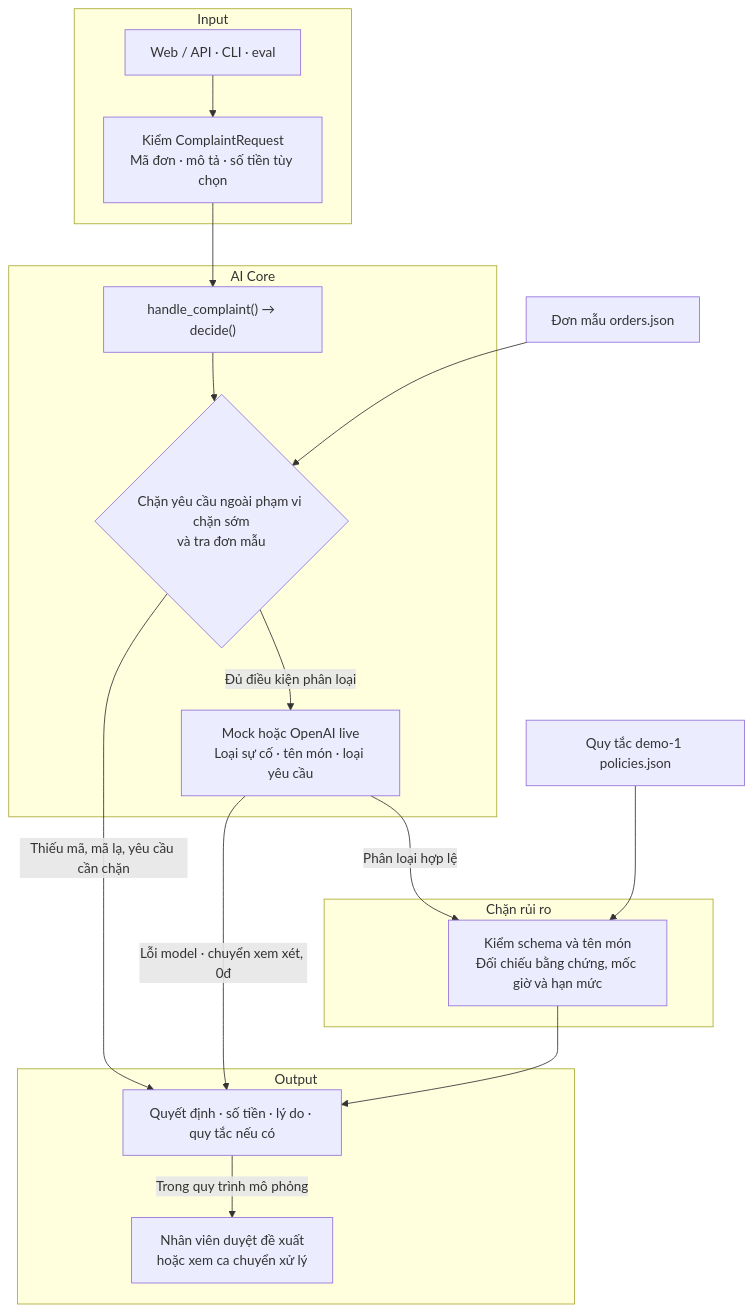
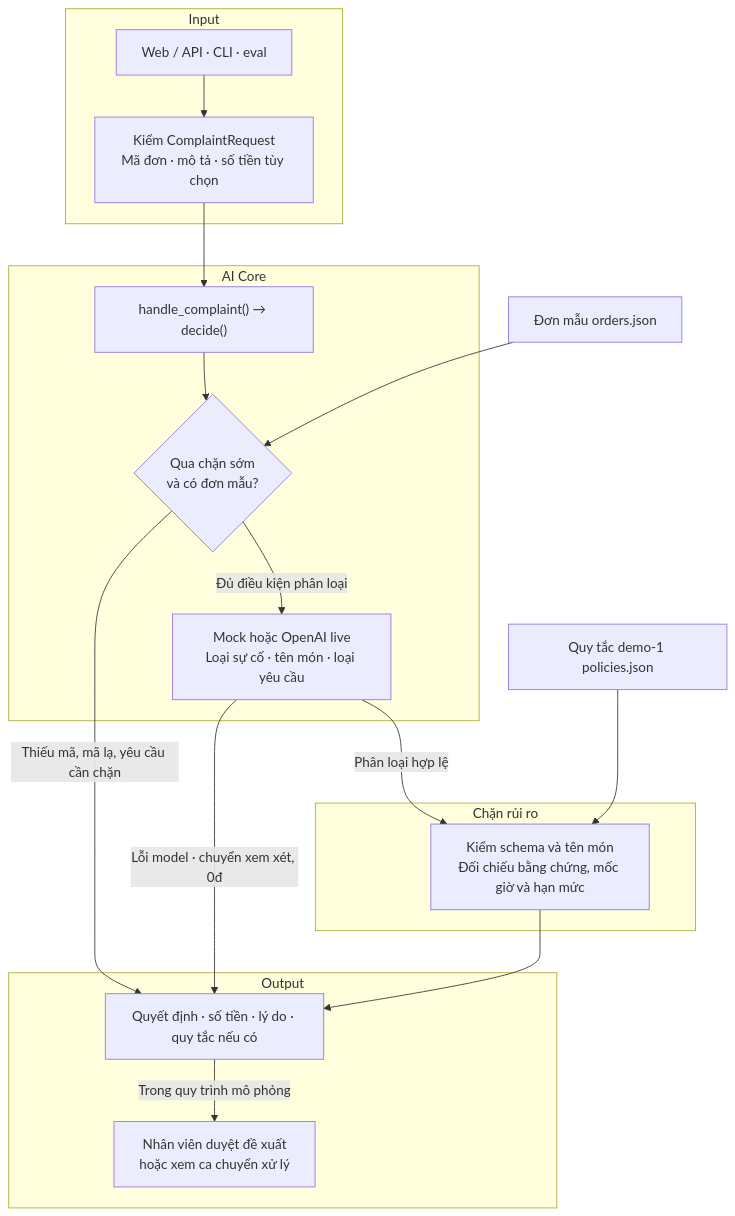
Before and after one commit to NguyenDacThe/K5-Day15-L3A-BDHT: the diagram in spec.md, drawn with Mermaid. The commit also changed other lines of this file, not shown here.

````diff
--- a/spec.md
+++ b/spec.md
@@ -41,30 +46,30 @@
 ```mermaid
 flowchart TD
     subgraph input_stage ["Input"]
         Input["Web / API · CLI · eval"]
         Request["Kiểm ComplaintRequest<br/>Mã đơn · mô tả · số tiền tùy chọn"]
         Input --> Request
     end
     subgraph core_stage ["AI Core"]
         Service["handle_complaint() → decide()"]
-        Precheck{"Chặn yêu cầu ngoài phạm vi chặn sớm<br/>và tra đơn mẫu"}
+        Precheck{"Qua chặn sớm<br/>và có đơn mẫu?"}
         Classify["Mock hoặc OpenAI live<br/>Loại sự cố · tên món · loại yêu cầu"]
         Service --> Precheck
         Precheck -->|"Đủ điều kiện phân loại"| Classify
     end
     subgraph guard_stage ["Chặn rủi ro"]
         Verify["Kiểm schema và tên món<br/>Đối chiếu bằng chứng, mốc giờ và hạn mức"]
     end
     subgraph output_stage ["Output"]
         Result["Quyết định · số tiền · lý do · quy tắc nếu có"]
         Review["Nhân viên duyệt đề xuất<br/>hoặc xem ca chuyển xử lý"]
         Result -->|"Trong quy trình mô phỏng"| Review
     end
     Orders["Đơn mẫu orders.json"] --> Precheck
     Rules["Quy tắc demo-1 policies.json"] --> Verify
     Request --> Service
     Precheck -->|"Thiếu mã, mã lạ, yêu cầu cần chặn"| Result
     Classify -->|"Phân loại hợp lệ"| Verify
     Classify -->|"Lỗi model · chuyển xem xét, 0đ"| Result
     Verify --> Result
 ```
````
